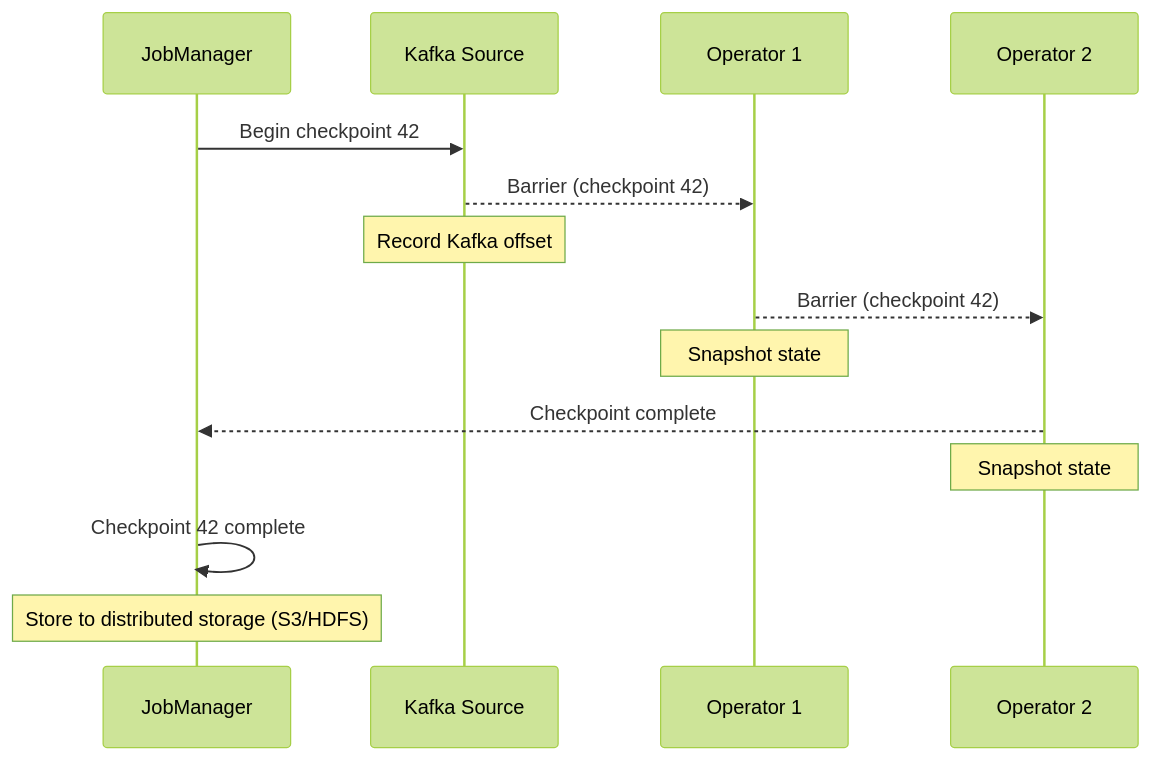
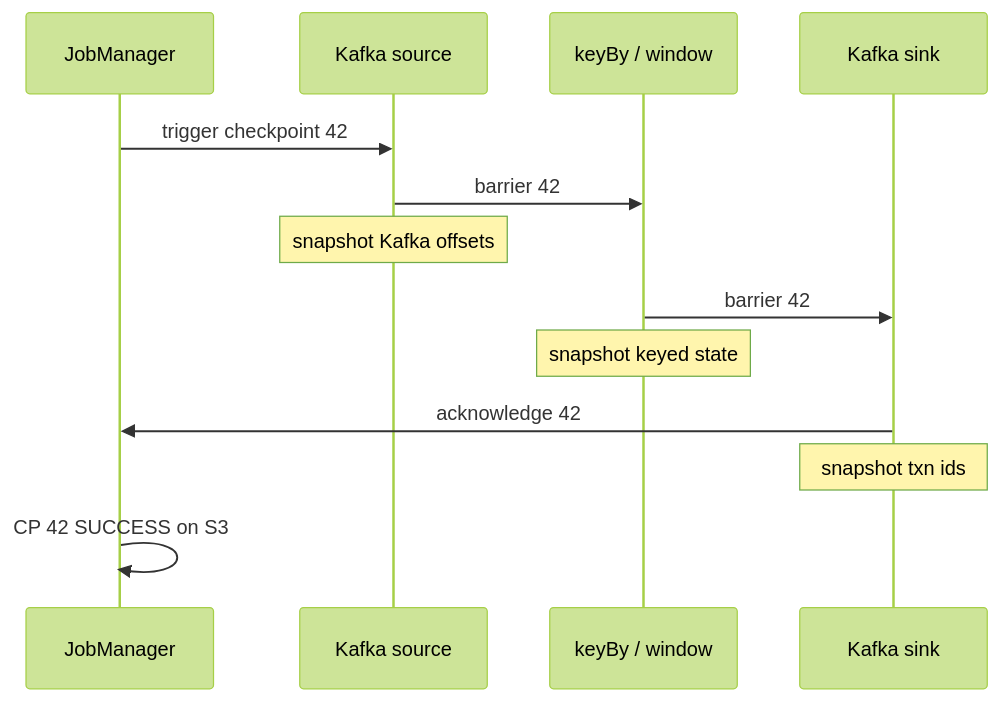
Before and after one commit to sanketn26/data-engineering: the diagram in docs/flink/checkpoints.md, drawn with Mermaid (forest theme). The commit also changed other lines of this file and 20 other files, not shown here.

````diff
--- a/docs/flink/checkpoints.md
+++ b/docs/flink/checkpoints.md
@@ -19,17 +29,16 @@
 ```mermaid
 sequenceDiagram
     participant JM as JobManager
-    participant S as Kafka Source
-    participant O1 as Operator 1
-    participant O2 as Operator 2
+    participant S as Kafka source
+    participant K as keyBy / window
+    participant Sink as Kafka sink
 
-    JM->>S: Begin checkpoint 42
-    S-->>O1: Barrier (checkpoint 42)
-    Note over S: Record Kafka offset
-    O1-->>O2: Barrier (checkpoint 42)
-    Note over O1: Snapshot state
-    O2-->>JM: Checkpoint complete
-    Note over O2: Snapshot state
-    JM->>JM: Checkpoint 42 complete
-    Note over JM: Store to distributed storage (S3/HDFS)
+    JM->>S: trigger checkpoint 42
+    S->>K: barrier 42
+    Note over S: snapshot Kafka offsets
+    K->>Sink: barrier 42
+    Note over K: snapshot keyed state
+    Sink->>JM: acknowledge 42
+    Note over Sink: snapshot txn ids
+    JM->>JM: CP 42 SUCCESS on S3
 ```
````
